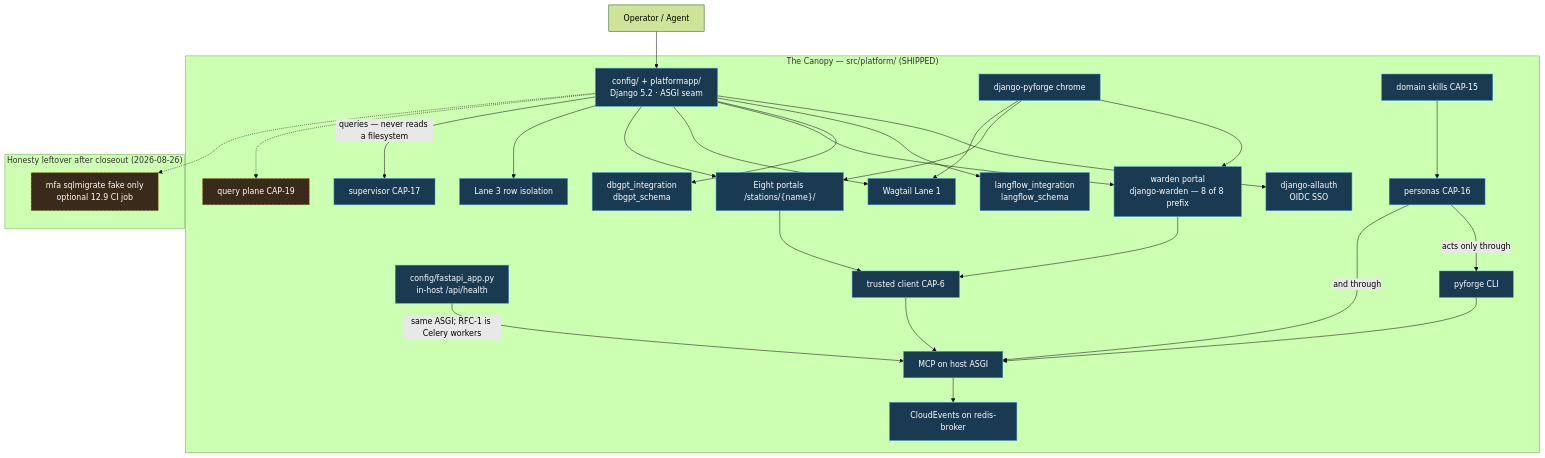
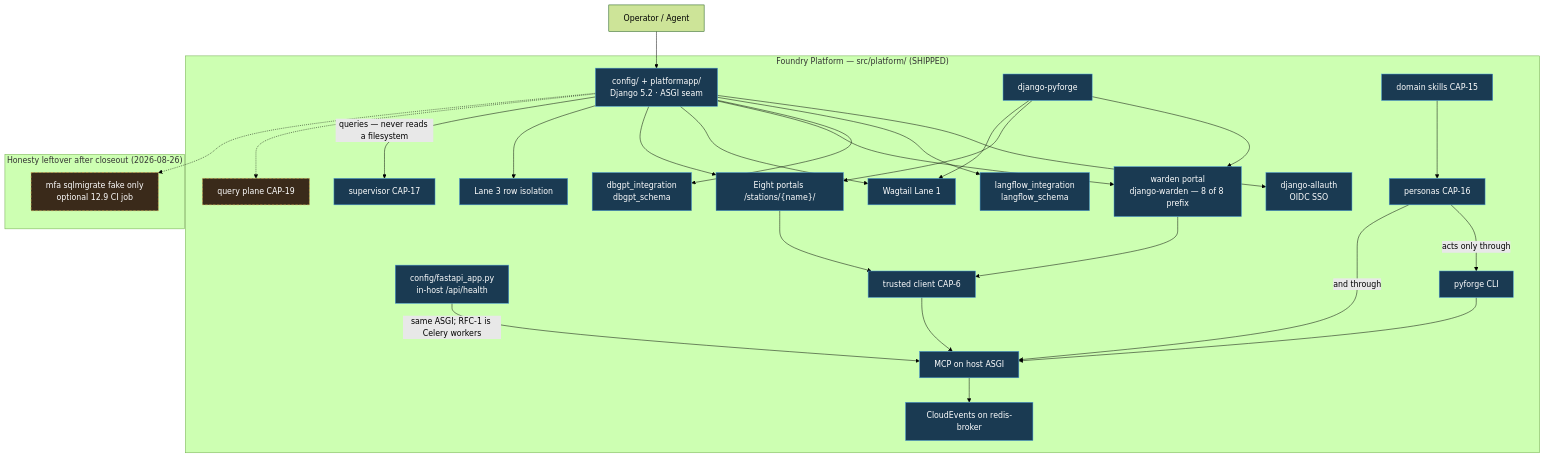
Before and after one commit to rxm7706/local-recipes: the first of 5 diagrams in _bmad-output/projects/pyforge-steward/planning-artifacts/specs/spec-pyforge-unifying-strategy/architecture-diagrams.md, drawn with Mermaid (forest theme). The commit also changed other lines of this file and 18 other files, not shown here.

````diff
--- a/_bmad-output/projects/pyforge-steward/planning-artifacts/specs/spec-pyforge-unifying-strategy/architecture-diagrams.md
+++ b/_bmad-output/projects/pyforge-steward/planning-artifacts/specs/spec-pyforge-unifying-strategy/architecture-diagrams.md
@@ -18,58 +18,58 @@
 ```mermaid
 graph TB
     User["Operator / Agent"]
 
-    subgraph Canopy["The Canopy — src/platform/ (SHIPPED)"]
+    subgraph Canopy["Foundry Platform — src/platform/ (SHIPPED)"]
         Host["config/ + platformapp/<br/>Django 5.2 · ASGI seam"]
         Auth["django-allauth<br/>OIDC SSO"]
         FastAPIseam["config/fastapi_app.py<br/>in-host /api/health"]
         LF["langflow_integration<br/>langflow_schema"]
         DG["dbgpt_integration<br/>dbgpt_schema"]
         CF["warden portal<br/>django-warden — 8 of 8 prefix"]
         L1["Wagtail Lane 1"]
         P7["Eight portals /stations/{name}/"]
-        DP["django-pyforge chrome"]
+        DP["django-pyforge"]
         SVC["MCP on host ASGI"]
         CLI["pyforge CLI"]
         CLIENT["trusted client CAP-6"]
         SD["Lane 3 row isolation"]
         EV["CloudEvents on redis-broker"]
         SK["domain skills CAP-15"]
         PER["personas CAP-16"]
         SUP["supervisor CAP-17"]
         QP["query plane CAP-19"]
     end
 
     subgraph Residual["Honesty leftover after closeout (2026-08-26)"]
         LIVE["mfa sqlmigrate fake only<br/>optional 12.9 CI job"]
     end
 
     User --> Host
     Host --> Auth
     Host --> LF
     Host --> DG
     Host --> CF
     Host --> L1
     Host --> P7
     DP --> CF
     DP --> P7
     DP --> L1
     CF --> CLIENT
     P7 --> CLIENT
     CLIENT --> SVC
     FastAPIseam -->|same ASGI; RFC-1 is Celery workers| SVC
     SVC --> EV
     Host --> SD
     CLI --> SVC
     PER -->|"acts only through"| CLI
     PER -->|"and through"| SVC
     SK --> PER
     Host -->|"queries — never reads a filesystem"| SUP
     Host -.-> QP
     Host -.-> LIVE
 
     classDef shipped fill:#1a3a52,stroke:#4a9eda,color:#fff
     classDef residual fill:#3a2a1a,stroke:#daa54a,color:#fff,stroke-dasharray: 5 3
     class Host,Auth,FastAPIseam,LF,DG,CF,DP,L1,P7,SVC,CLI,CLIENT,SD,EV,SK,PER,SUP shipped
     class LIVE,QP residual
 ```
````
